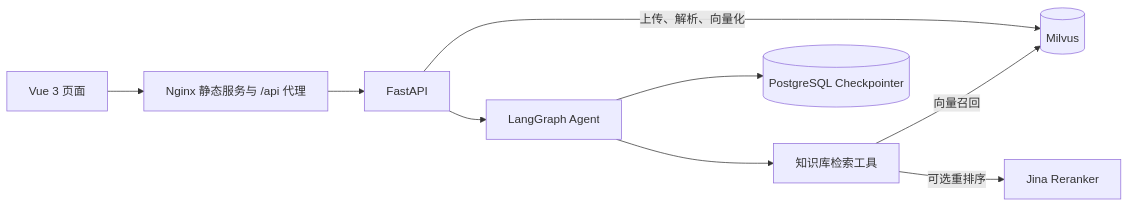
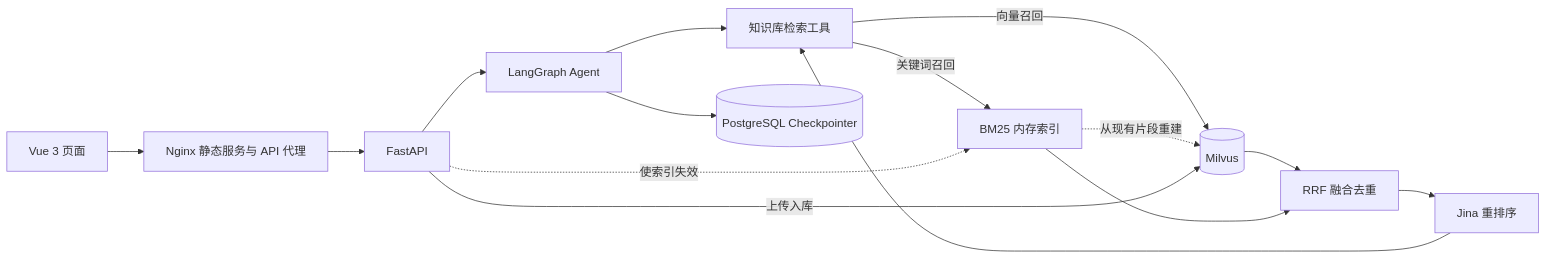
Before and after one commit to Waiting206/Starbridge_Assistance: the diagram in README.md, drawn with Mermaid. The commit also changed other lines of this file and 20 other files, not shown here.

````diff
--- a/README.md
+++ b/README.md
@@ -18,11 +19,17 @@
 ```mermaid
 flowchart LR
-    Browser[Vue 3 页面] --> Nginx[Nginx 静态服务与 /api 代理]
+    Browser[Vue 3 页面] --> Nginx[Nginx 静态服务与 API 代理]
     Nginx --> API[FastAPI]
     API --> Agent[LangGraph Agent]
     Agent --> Tool[知识库检索工具]
     Tool -->|向量召回| Milvus[(Milvus)]
-    Tool -->|可选重排序| Jina[Jina Reranker]
+    Tool -->|关键词召回| BM25[BM25 内存索引]
+    BM25 -.从现有片段重建.-> Milvus
+    Milvus --> RRF[RRF 融合去重]
+    BM25 --> RRF
+    RRF --> Jina[Jina 重排序]
+    Jina --> Tool
     Agent --> PG[(PostgreSQL Checkpointer)]
-    API -->|上传、解析、向量化| Milvus
+    API -->|上传入库| Milvus
+    API -.使索引失效.-> BM25
 ```
````
